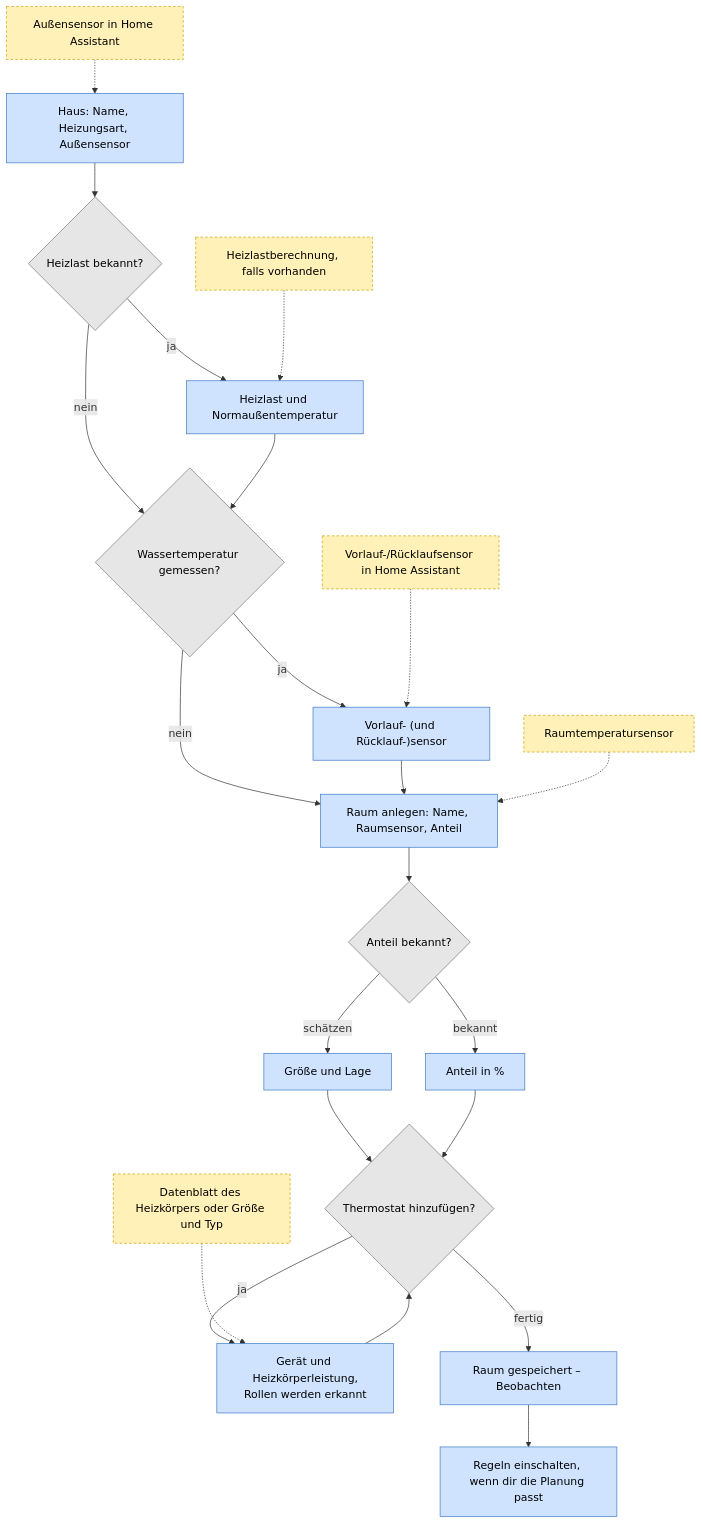
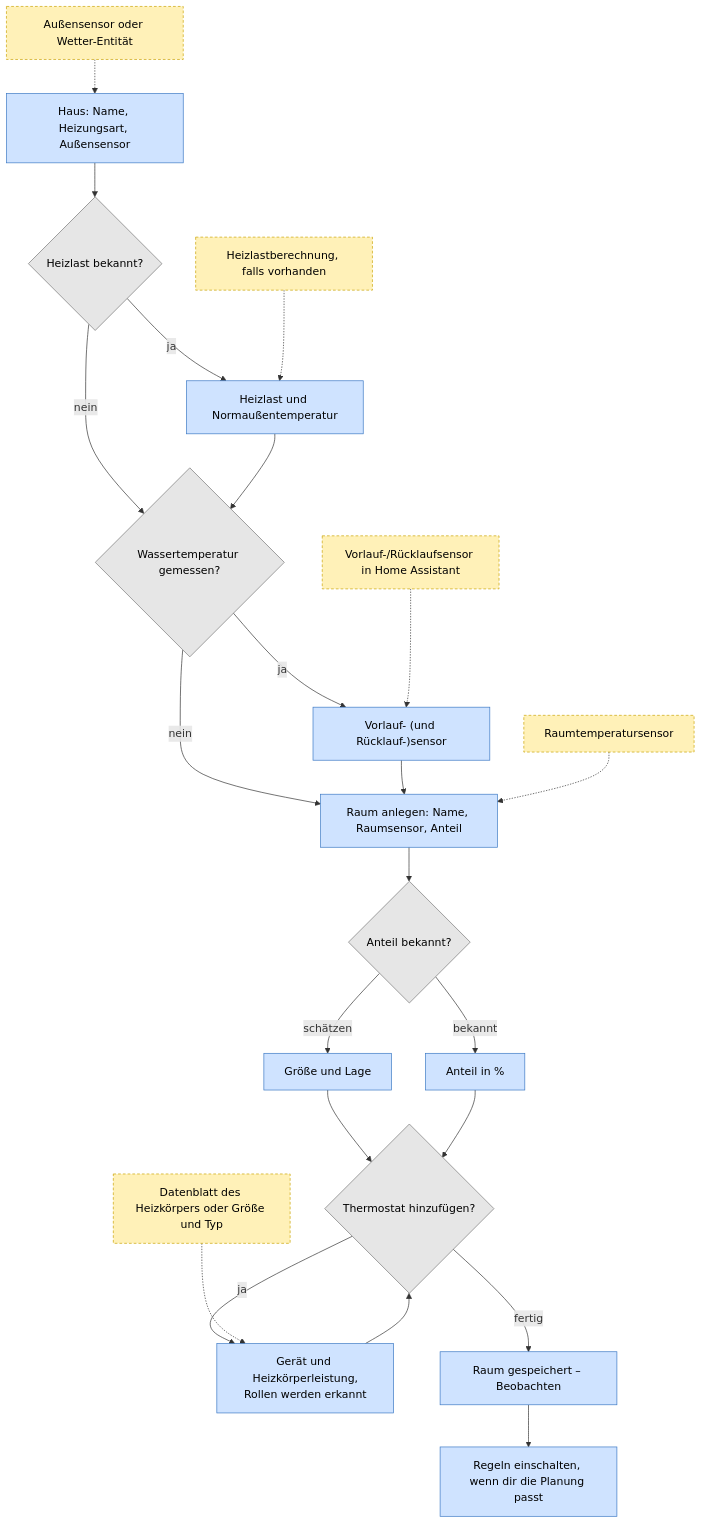
One commit to mschmiedel/thermogeist changed the diagram in docs/de/getting-started.md. Above: the diagram before and after it, drawn with Mermaid. The commit also changed other lines of this file and 8 other files, not shown here.

````diff
--- a/docs/de/getting-started.md
+++ b/docs/de/getting-started.md
@@ -26,32 +26,32 @@
 ```mermaid
 flowchart TD
     A["Haus: Name, Heizungsart, Außensensor"] --> B{"Heizlast bekannt?"}
     B -- "ja" --> C["Heizlast und Normaußentemperatur"]
     B -- "nein" --> D
     C --> D{"Wassertemperatur gemessen?"}
     D -- "ja" --> E["Vorlauf- (und Rücklauf-)sensor"]
     D -- "nein" --> F
     E --> F["Raum anlegen: Name, Raumsensor, Anteil"]
     F --> G{"Anteil bekannt?"}
     G -- "schätzen" --> H["Größe und Lage"]
     G -- "bekannt" --> I["Anteil in %"]
     H --> J{"Thermostat hinzufügen?"}
     I --> J
     J -- "ja" --> K["Gerät und Heizkörperleistung,<br/>Rollen werden erkannt"]
     K --> J
     J -- "fertig" --> L["Raum gespeichert – Beobachten"]
     L --> M["Regeln einschalten, wenn dir die Planung passt"]
 
-    P1["Außensensor in Home Assistant"] -.-> A
+    P1["Außensensor oder Wetter-Entität"] -.-> A
     P2["Heizlastberechnung, falls vorhanden"] -.-> C
     P3["Vorlauf-/Rücklaufsensor in Home Assistant"] -.-> E
     P4["Raumtemperatursensor"] -.-> F
     P5["Datenblatt des Heizkörpers oder Größe und Typ"] -.-> K
 
     classDef step fill:#cfe3ff,stroke:#3b78c4,color:#000
     classDef ask fill:#e6e6e6,stroke:#777,color:#000
     classDef prep fill:#fff1b8,stroke:#c9a200,color:#000,stroke-dasharray: 4 3
     class A,C,E,F,H,I,K,L,M step
     class B,D,G,J ask
     class P1,P2,P3,P4,P5 prep
 ```
````
